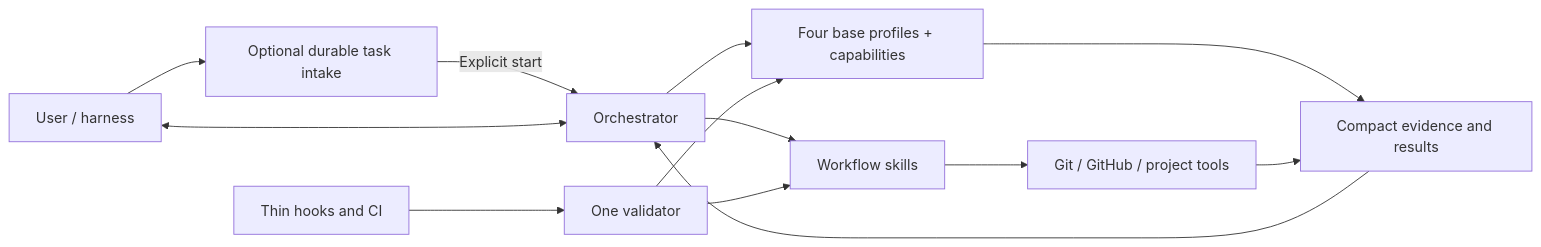
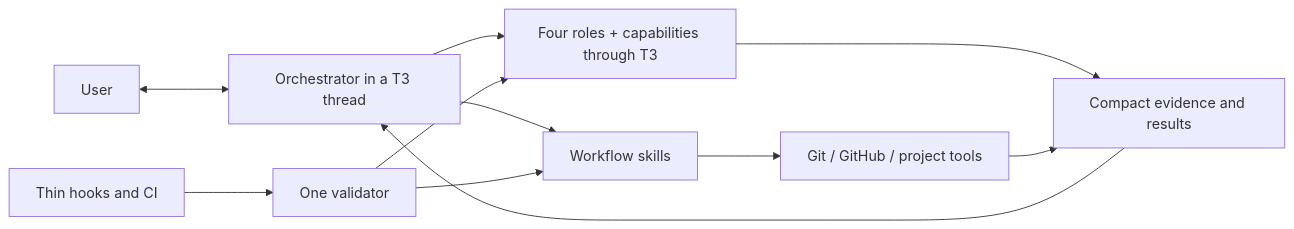
Before and after one commit to FranciscoJSBarragan/Orchestra: the diagram in docs/ARCHITECTURE.md, drawn with Mermaid. The commit also changed other lines of this file and 88 other files, not shown here.

First line of the commit message:
Run the full workflow only in T3 Code with one flow assignment

````diff
--- a/docs/ARCHITECTURE.md
+++ b/docs/ARCHITECTURE.md
@@ -10,15 +10,13 @@
 ```mermaid
 flowchart LR
-    U["User / harness"] --> I["Optional durable task intake"]
-    I -->|"Explicit start"| O["Orchestrator"]
-    U <--> O
-    O --> A["Four base profiles + capabilities"]
+    U["User"] <--> O["Orchestrator in a T3 thread"]
+    O --> A["Four roles + capabilities through T3"]
     O --> W["Workflow skills"]
     W --> G["Git / GitHub / project tools"]
     A --> E["Compact evidence and results"]
     G --> E
     E --> O
     V["One validator"] --> W
     V --> A
     H["Thin hooks and CI"] --> V
 ```
````
